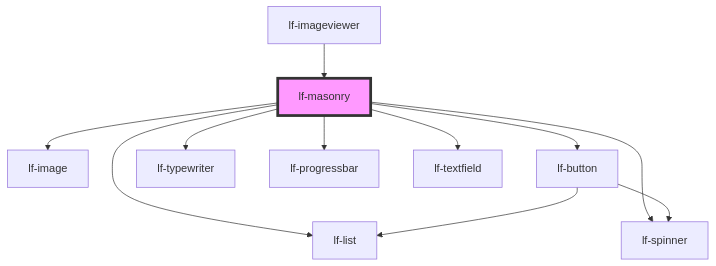
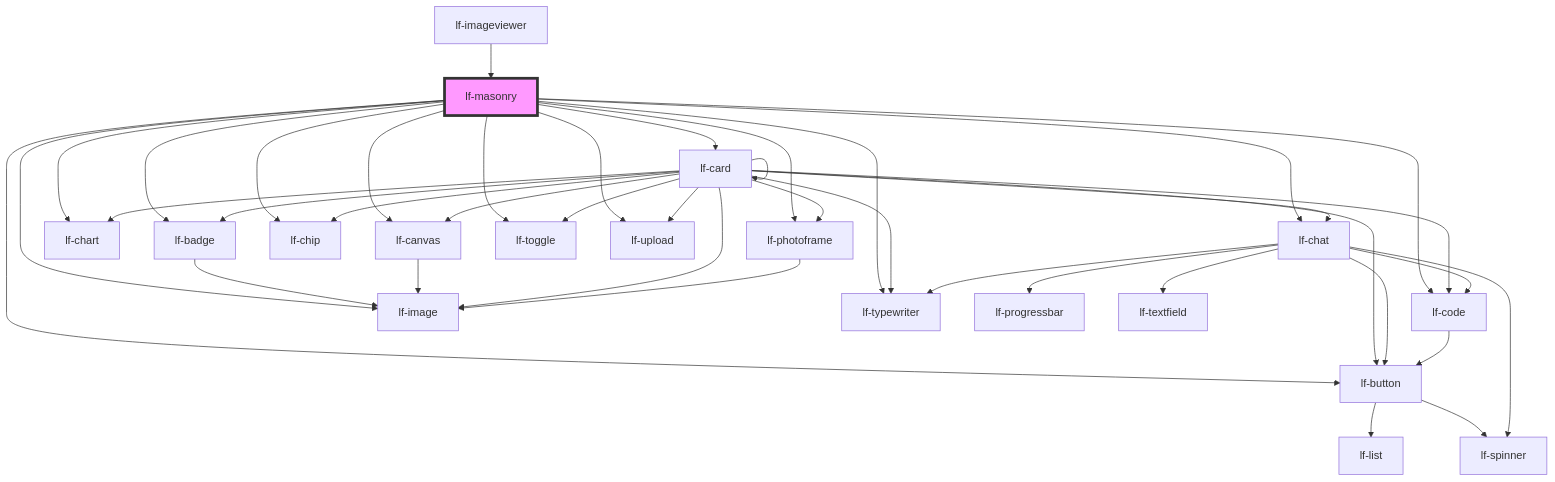
The diagram in packages/core/src/components/lf-masonry/readme.md (lucafoscili/lf-widgets), drawn with Mermaid before and after one commit. The commit also changed other lines of this file and 68 other files, not shown here.

````diff
--- a/packages/core/src/components/lf-masonry/readme.md
+++ b/packages/core/src/components/lf-masonry/readme.md
@@ -155,14 +161,43 @@
 ```mermaid
 graph TD;
-  lf-masonry --> lf-list
-  lf-masonry --> lf-spinner
+  lf-masonry --> lf-badge
+  lf-masonry --> lf-button
+  lf-masonry --> lf-canvas
+  lf-masonry --> lf-card
+  lf-masonry --> lf-chart
+  lf-masonry --> lf-chat
+  lf-masonry --> lf-chip
+  lf-masonry --> lf-code
   lf-masonry --> lf-image
-  lf-masonry --> lf-button
+  lf-masonry --> lf-photoframe
+  lf-masonry --> lf-toggle
   lf-masonry --> lf-typewriter
-  lf-masonry --> lf-progressbar
-  lf-masonry --> lf-textfield
+  lf-masonry --> lf-upload
+  lf-badge --> lf-image
   lf-button --> lf-list
   lf-button --> lf-spinner
+  lf-canvas --> lf-image
+  lf-card --> lf-badge
+  lf-card --> lf-button
+  lf-card --> lf-canvas
+  lf-card --> lf-card
+  lf-card --> lf-chart
+  lf-card --> lf-chat
+  lf-card --> lf-chip
+  lf-card --> lf-code
+  lf-card --> lf-image
+  lf-card --> lf-photoframe
+  lf-card --> lf-toggle
+  lf-card --> lf-typewriter
+  lf-card --> lf-upload
+  lf-chat --> lf-spinner
+  lf-chat --> lf-code
+  lf-chat --> lf-button
+  lf-chat --> lf-typewriter
+  lf-chat --> lf-progressbar
+  lf-chat --> lf-textfield
+  lf-code --> lf-button
+  lf-photoframe --> lf-image
   lf-imageviewer --> lf-masonry
   style lf-masonry fill:#f9f,stroke:#333,stroke-width:4px
 ```
````
